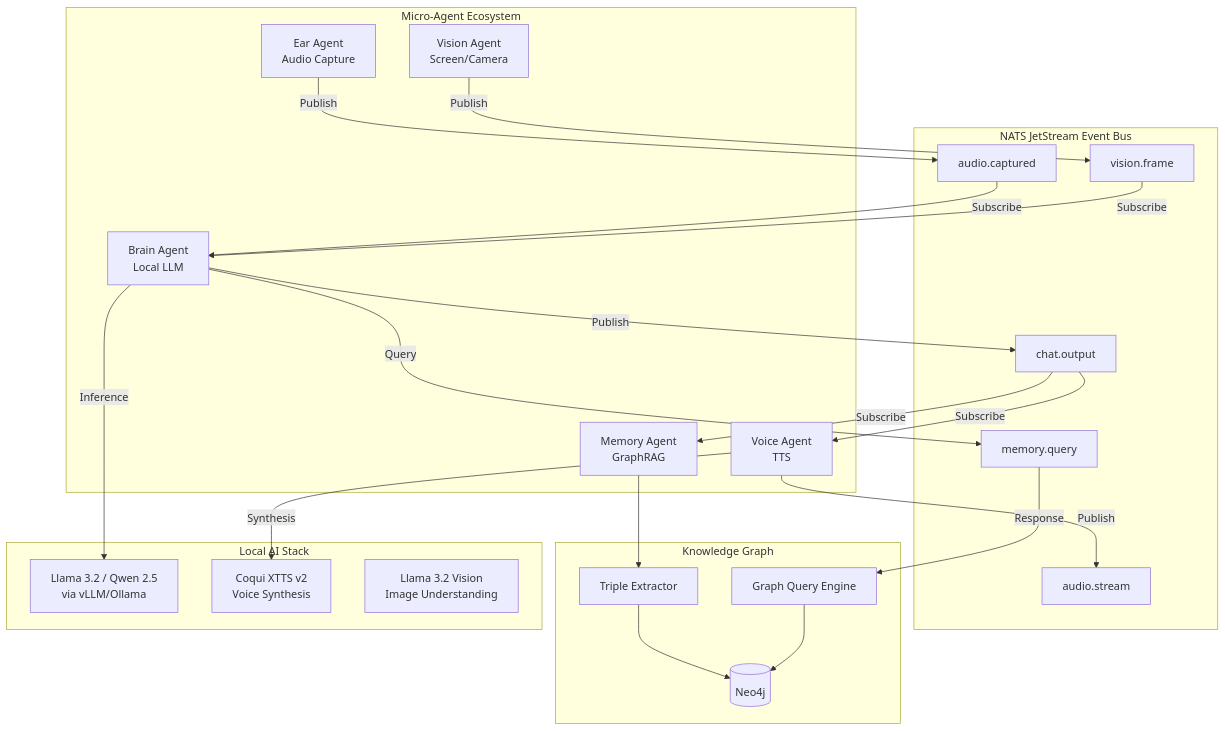
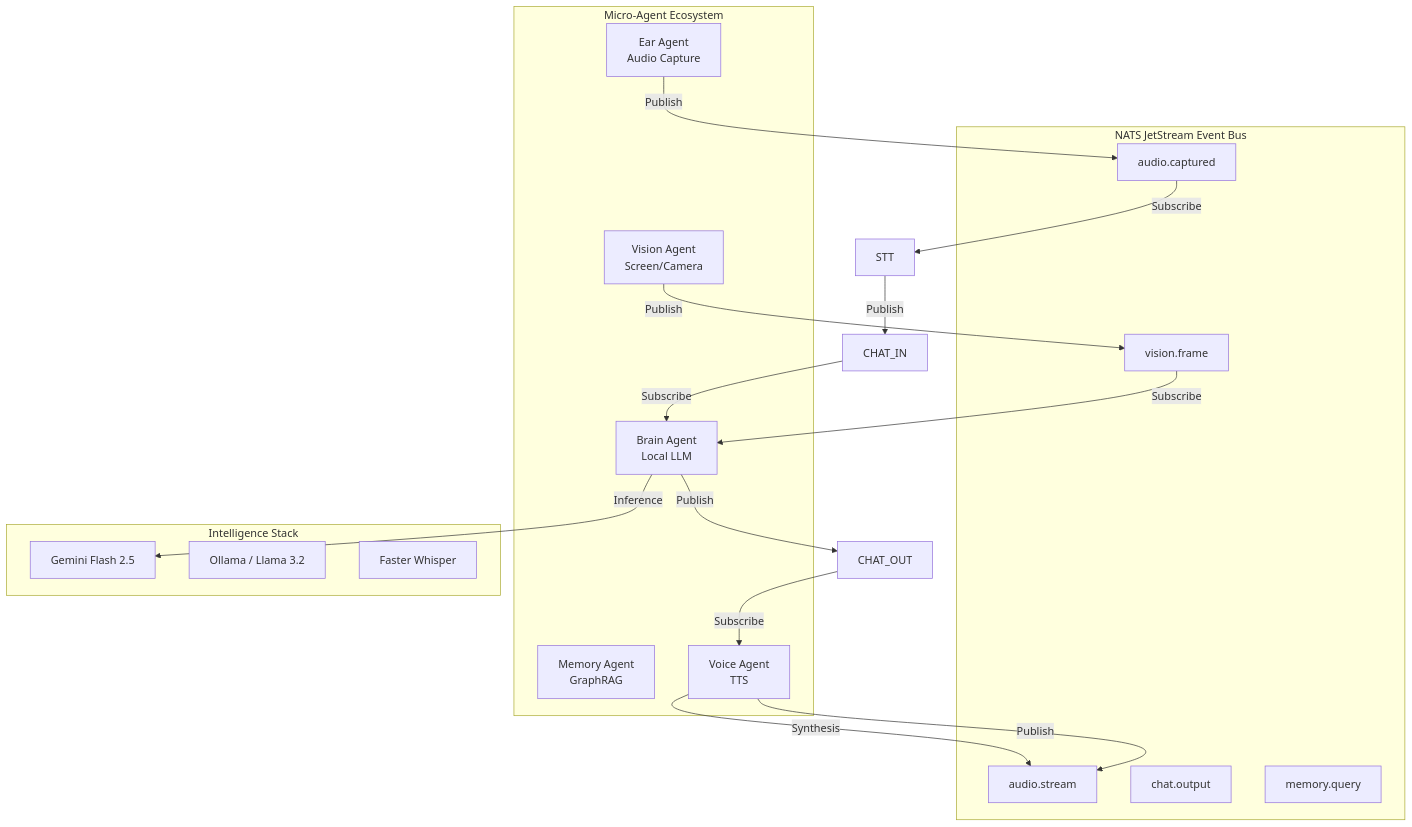
Before and after one commit to Aniket-a14/AI_friend: the diagram in ARCHITECTURE.md, drawn with Mermaid. The commit also changed other lines of this file and 70 other files, not shown here.

Commit message:
feat: Introduce agent-based architecture, WebRTC voice, vision capabilities, and CI/CD for enhanced AI interaction.

````diff
--- a/ARCHITECTURE.md
+++ b/ARCHITECTURE.md
@@ -169,46 +70,36 @@
 ```mermaid
 graph TB
     subgraph Event_Bus [NATS JetStream Event Bus]
         AUDIO_IN[audio.captured]
         AUDIO_OUT[audio.stream]
         CHAT[chat.output]
         VISION[vision.frame]
         MEMORY[memory.query]
     end
 
     subgraph Micro_Agents [Micro-Agent Ecosystem]
         EAR[Ear Agent<br/>Audio Capture]
         BRAIN[Brain Agent<br/>Local LLM]
         MEMORY_AGENT[Memory Agent<br/>GraphRAG]
         VOICE[Voice Agent<br/>TTS]
         VISION_AGENT[Vision Agent<br/>Screen/Camera]
     end
 
-    subgraph Knowledge_Layer [Knowledge Graph]
-        NEO[(Neo4j)]
-        TRIPLE[Triple Extractor]
-        QUERY[Graph Query Engine]
-    end
-
-    subgraph Local_Intelligence [Local AI Stack]
-        LLM[Llama 3.2 / Qwen 2.5<br/>via vLLM/Ollama]
-        TTS[Coqui XTTS v2<br/>Voice Synthesis]
-        VIS[Llama 3.2 Vision<br/>Image Understanding]
+    subgraph Intelligence [Intelligence Stack]
+        GEMINI[Gemini Flash 2.5]
+        OLLAMA[Ollama / Llama 3.2]
+        WHISPER[Faster Whisper]
     end
 
     EAR -->|Publish| AUDIO_IN
-    AUDIO_IN -->|Subscribe| BRAIN
-    BRAIN -->|Inference| LLM
-    BRAIN -->|Publish| CHAT
-    CHAT -->|Subscribe| MEMORY_AGENT
-    CHAT -->|Subscribe| VOICE
-    VOICE -->|Synthesis| TTS
+    AUDIO_IN -->|Subscribe| STT
+    STT -->|Publish| CHAT_IN
+    CHAT_IN -->|Subscribe| BRAIN
+    BRAIN -->|Inference| GEMINI
+    BRAIN -->|Publish| CHAT_OUT
+    CHAT_OUT -->|Subscribe| VOICE
+    VOICE -->|Synthesis| AUDIO_OUT
     VOICE -->|Publish| AUDIO_OUT
-    MEMORY_AGENT --> TRIPLE
-    TRIPLE --> NEO
     VISION_AGENT -->|Publish| VISION
     VISION -->|Subscribe| BRAIN
-    BRAIN -->|Query| MEMORY
-    MEMORY -->|Response| QUERY
-    QUERY --> NEO
 ```
````
